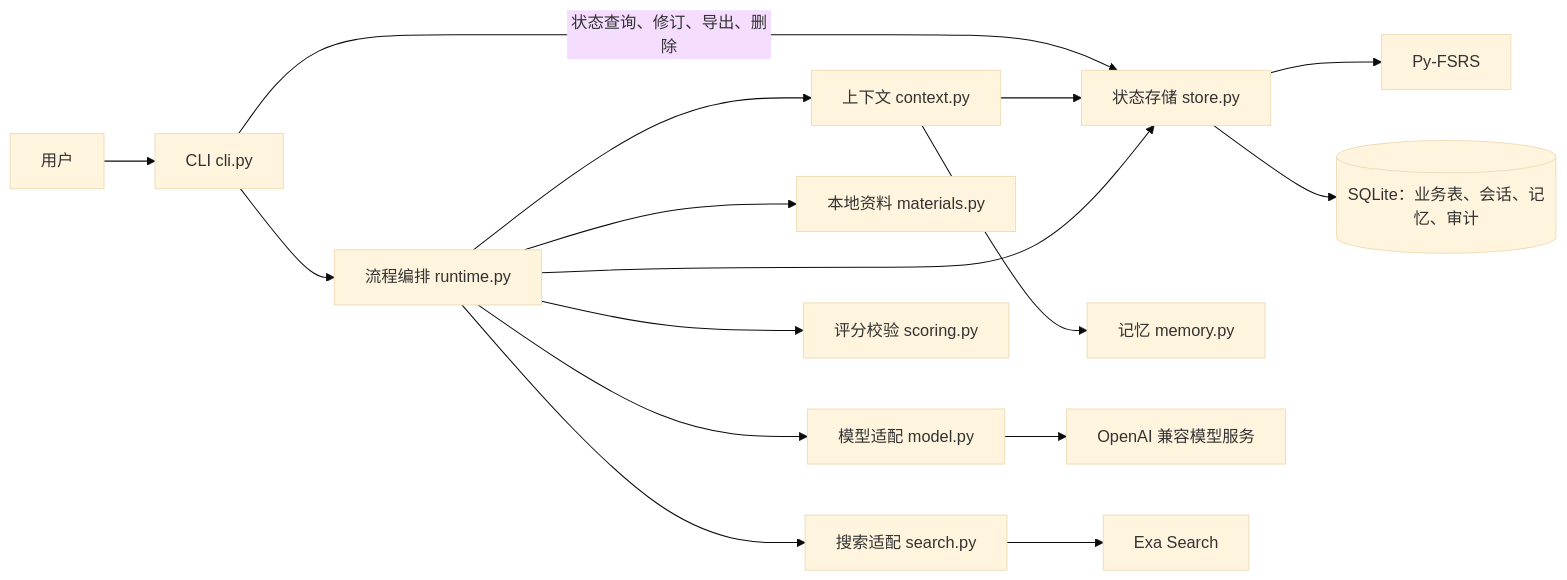
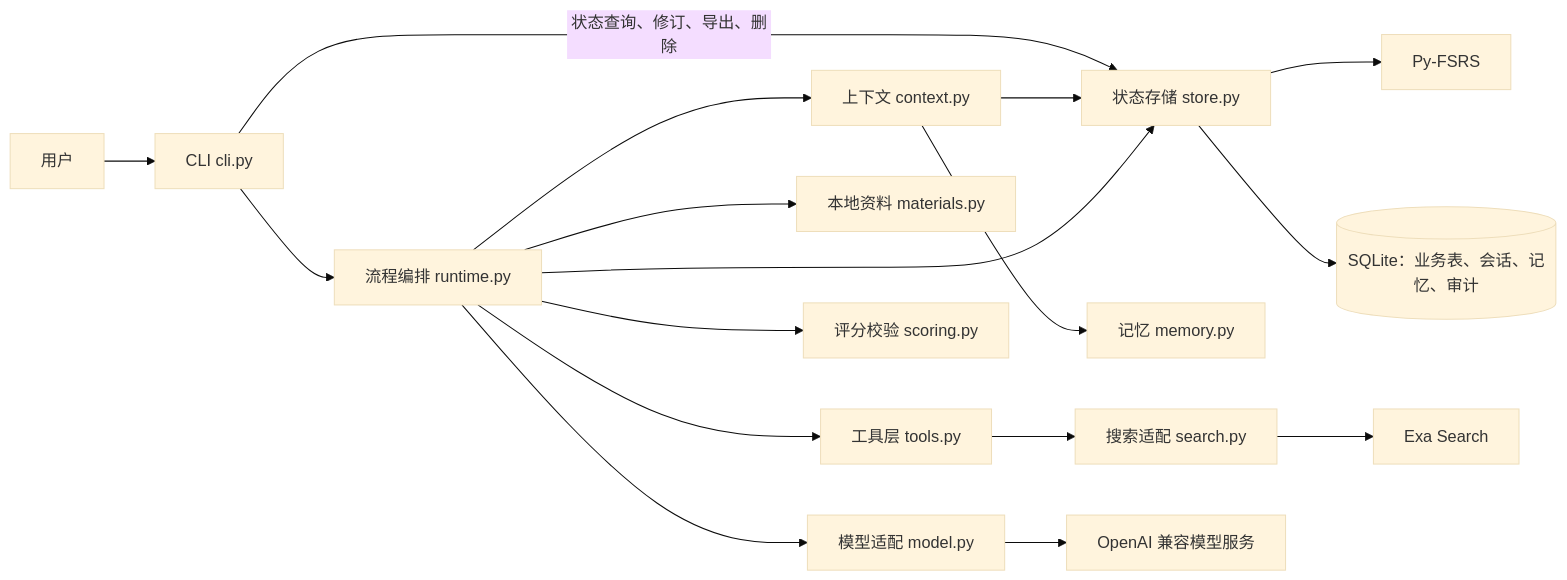
The first of 2 diagrams in README.md (zjsyxzjsyx/Koyo), drawn with Mermaid (base theme) before and after one commit. The commit also changed other lines of this file and 12 other files, not shown here.

````diff
--- a/README.md
+++ b/README.md
@@ -39,18 +40,19 @@
 ```mermaid
 flowchart LR
     U[用户] --> CLI[CLI cli.py]
     CLI --> RT[流程编排 runtime.py]
     CLI -->|状态查询、修订、导出、删除| ST[状态存储 store.py]
     RT --> CTX[上下文 context.py]
     CTX --> MEM[记忆 memory.py]
     CTX --> ST
     RT --> MOD[模型适配 model.py]
     RT --> MAT[本地资料 materials.py]
-    RT --> WEB[搜索适配 search.py]
+    RT --> TOOLS[工具层 tools.py]
+    TOOLS --> WEB[搜索适配 search.py]
     RT --> SCORE[评分校验 scoring.py]
     RT --> ST
     MOD --> LLM[OpenAI 兼容模型服务]
     WEB --> EXA[Exa Search]
     ST --> FSRS[Py-FSRS]
     ST --> DB[(SQLite：业务表、会话、记忆、审计)]
 ```
````
